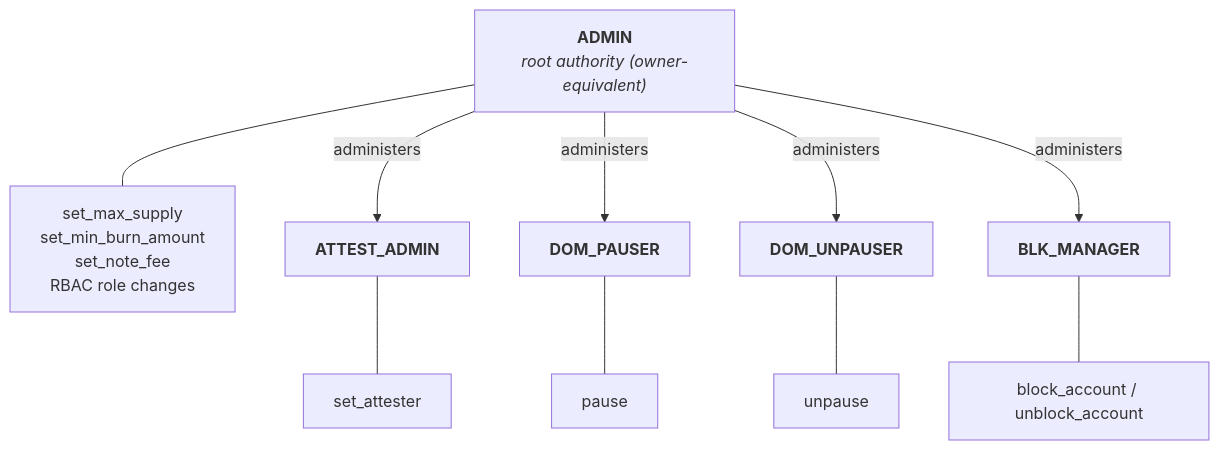
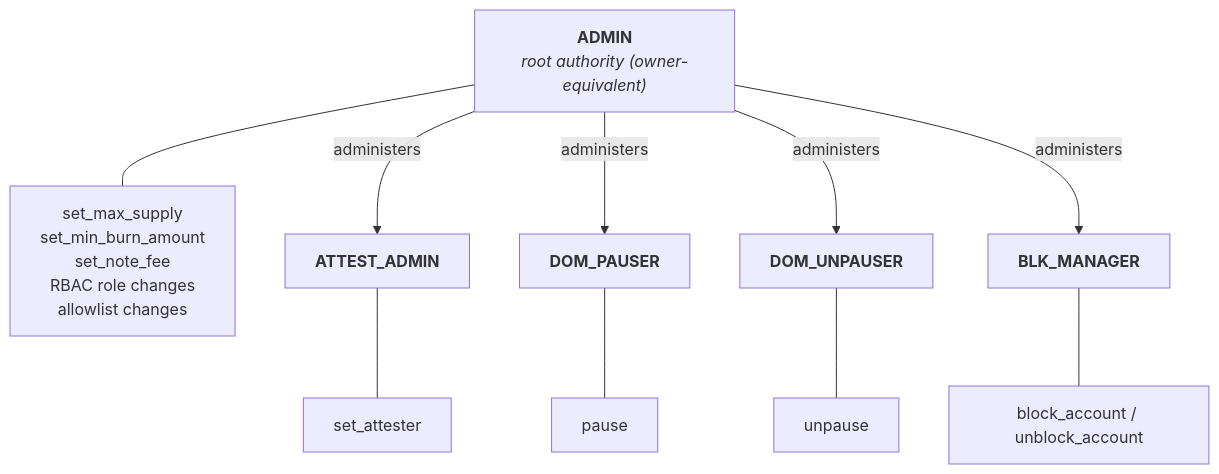
Before and after one commit to 0xMiden/miden-usdcx: the diagram in docs/ARCHITECTURE.md, drawn with Mermaid. The commit also changed other lines of this file and 14 other files, not shown here.

````diff
--- a/docs/ARCHITECTURE.md
+++ b/docs/ARCHITECTURE.md
@@ -92,12 +92,12 @@
 ```mermaid
 flowchart TD
-    ADMIN["<b>ADMIN</b><br/><i>root authority (owner-equivalent)</i>"] --- A1["set_max_supply<br/>set_min_burn_amount<br/>set_note_fee<br/>RBAC role changes"]
+    ADMIN["<b>ADMIN</b><br/><i>root authority (owner-equivalent)</i>"] --- A1["set_max_supply<br/>set_min_burn_amount<br/>set_note_fee<br/>RBAC role changes<br/>allowlist changes"]
     ADMIN -->|administers| ATTEST_ADMIN["<b>ATTEST_ADMIN</b>"]
     ADMIN -->|administers| DOM_PAUSER["<b>DOM_PAUSER</b>"]
     ADMIN -->|administers| DOM_UNPAUSER["<b>DOM_UNPAUSER</b>"]
     ADMIN -->|administers| BLK_MANAGER["<b>BLK_MANAGER</b>"]
     ATTEST_ADMIN --- A2["set_attester"]
     DOM_PAUSER --- A3["pause"]
     DOM_UNPAUSER --- A4["unpause"]
     BLK_MANAGER --- A5["block_account / unblock_account"]
 ```
````
